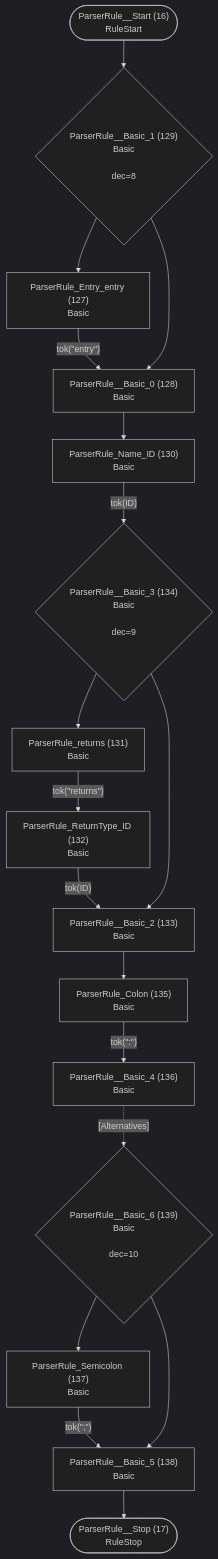
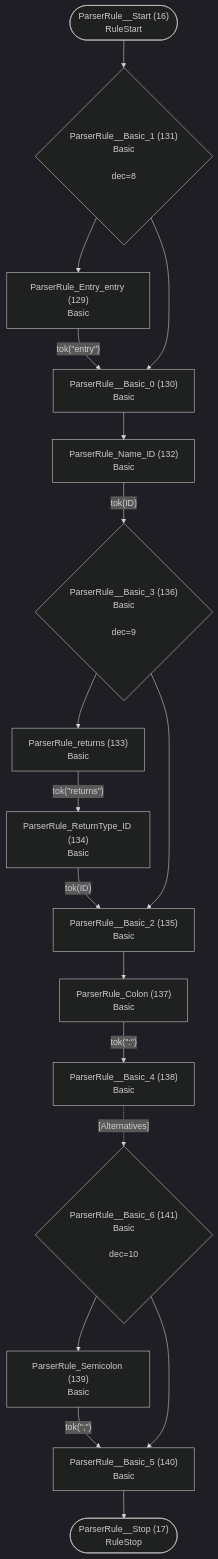
One commit to TypeFox/fastbelt changed the ninth of 29 diagrams in internal/grammar/atn.md. Above: the diagram before and after it, drawn with Mermaid (dark theme). The commit also changed other lines of this file and 13 other files, not shown here.

````diff
--- a/internal/grammar/atn.md
+++ b/internal/grammar/atn.md
@@ -242,36 +242,36 @@
 ```mermaid
 flowchart TD
     q16(["ParserRule__Start (16)<br/>RuleStart"])
     q17(["ParserRule__Stop (17)<br/>RuleStop"])
-    q127["ParserRule_Entry_entry (127)<br/>Basic<br/>"]
-    q128["ParserRule__Basic_0 (128)<br/>Basic<br/>"]
-    q129{"ParserRule__Basic_1 (129)<br/>Basic<br/><br/>dec=8"}
-    q130["ParserRule_Name_ID (130)<br/>Basic<br/>"]
-    q131["ParserRule_returns (131)<br/>Basic<br/>"]
-    q132["ParserRule_ReturnType_ID (132)<br/>Basic<br/>"]
-    q133["ParserRule__Basic_2 (133)<br/>Basic<br/>"]
-    q134{"ParserRule__Basic_3 (134)<br/>Basic<br/><br/>dec=9"}
-    q135["ParserRule_Colon (135)<br/>Basic<br/>"]
-    q136["ParserRule__Basic_4 (136)<br/>Basic<br/>"]
-    q137["ParserRule_Semicolon (137)<br/>Basic<br/>"]
-    q138["ParserRule__Basic_5 (138)<br/>Basic<br/>"]
-    q139{"ParserRule__Basic_6 (139)<br/>Basic<br/><br/>dec=10"}
+    q129["ParserRule_Entry_entry (129)<br/>Basic<br/>"]
+    q130["ParserRule__Basic_0 (130)<br/>Basic<br/>"]
+    q131{"ParserRule__Basic_1 (131)<br/>Basic<br/><br/>dec=8"}
+    q132["ParserRule_Name_ID (132)<br/>Basic<br/>"]
+    q133["ParserRule_returns (133)<br/>Basic<br/>"]
+    q134["ParserRule_ReturnType_ID (134)<br/>Basic<br/>"]
+    q135["ParserRule__Basic_2 (135)<br/>Basic<br/>"]
+    q136{"ParserRule__Basic_3 (136)<br/>Basic<br/><br/>dec=9"}
+    q137["ParserRule_Colon (137)<br/>Basic<br/>"]
+    q138["ParserRule__Basic_4 (138)<br/>Basic<br/>"]
+    q139["ParserRule_Semicolon (139)<br/>Basic<br/>"]
+    q140["ParserRule__Basic_5 (140)<br/>Basic<br/>"]
+    q141{"ParserRule__Basic_6 (141)<br/>Basic<br/><br/>dec=10"}
 
-    q16 --> q129
-    q127 -->|"tok(&quot;entry&quot;)"| q128
-    q128 --> q130
-    q129 --> q127
-    q129 --> q128
-    q130 -->|"tok(ID)"| q134
-    q131 -->|"tok(&quot;returns&quot;)"| q132
-    q132 -->|"tok(ID)"| q133
-    q133 --> q135
-    q134 --> q131
-    q134 --> q133
-    q135 -->|"tok(&quot;:&quot;)"| q136
-    q136 -.->|"[Alternatives]"| q139
-    q137 -->|"tok(&quot;;&quot;)"| q138
-    q138 --> q17
-    q139 --> q137
-    q139 --> q138
+    q16 --> q131
+    q129 -->|"tok(&quot;entry&quot;)"| q130
+    q130 --> q132
+    q131 --> q129
+    q131 --> q130
+    q132 -->|"tok(ID)"| q136
+    q133 -->|"tok(&quot;returns&quot;)"| q134
+    q134 -->|"tok(ID)"| q135
+    q135 --> q137
+    q136 --> q133
+    q136 --> q135
+    q137 -->|"tok(&quot;:&quot;)"| q138
+    q138 -.->|"[Alternatives]"| q141
+    q139 -->|"tok(&quot;;&quot;)"| q140
+    q140 --> q17
+    q141 --> q139
+    q141 --> q140
 ```
````
